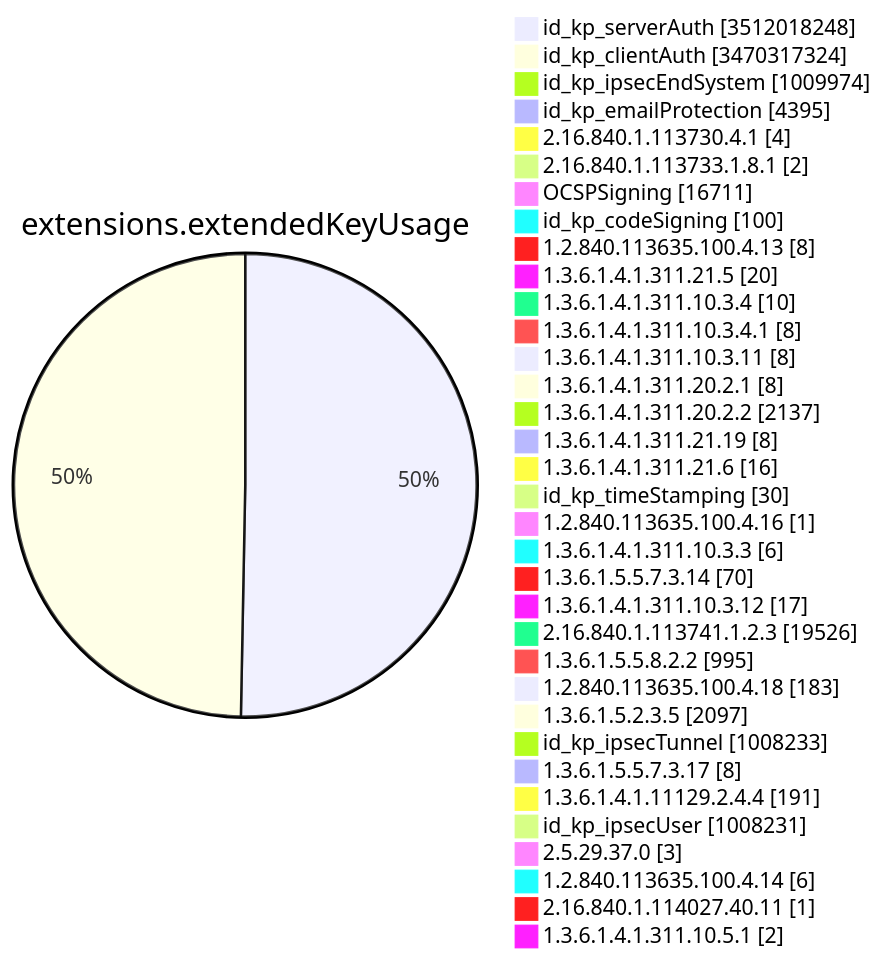
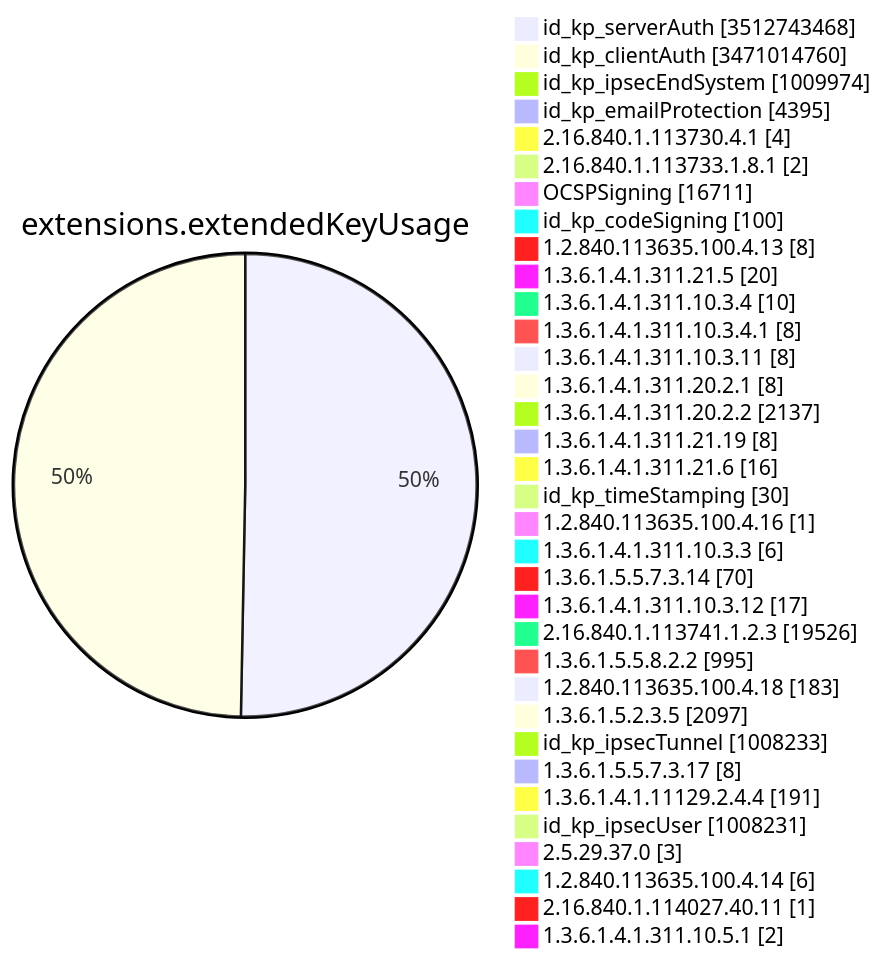
One commit to christiankrug/ctmonitor_visualization changed diagram 11 of 15 in TOTAL/README.md. Above: the diagram before and after it, drawn with Mermaid. The commit also changed other lines of this file, not shown here.

````diff
--- a/TOTAL/README.md
+++ b/TOTAL/README.md
@@ -4126,38 +4126,38 @@
 ```mermaid
 pie showData
 title extensions.extendedKeyUsage
-"id_kp_serverAuth" :3512018248
-"id_kp_clientAuth" :3470317324
+"id_kp_serverAuth" :3512743468
+"id_kp_clientAuth" :3471014760
 "id_kp_ipsecEndSystem" :1009974
 "id_kp_emailProtection" :4395
 "2.16.840.1.113730.4.1" :4
 "2.16.840.1.113733.1.8.1" :2
 "OCSPSigning" :16711
 "id_kp_codeSigning" :100
 "1.2.840.113635.100.4.13" :8
 "1.3.6.1.4.1.311.21.5" :20
 "1.3.6.1.4.1.311.10.3.4" :10
 "1.3.6.1.4.1.311.10.3.4.1" :8
 "1.3.6.1.4.1.311.10.3.11" :8
 "1.3.6.1.4.1.311.20.2.1" :8
 "1.3.6.1.4.1.311.20.2.2" :2137
 "1.3.6.1.4.1.311.21.19" :8
 "1.3.6.1.4.1.311.21.6" :16
 "id_kp_timeStamping" :30
 "1.2.840.113635.100.4.16" :1
 "1.3.6.1.4.1.311.10.3.3" :6
 "1.3.6.1.5.5.7.3.14" :70
 "1.3.6.1.4.1.311.10.3.12" :17
 "2.16.840.1.113741.1.2.3" :19526
 "1.3.6.1.5.5.8.2.2" :995
 "1.2.840.113635.100.4.18" :183
 "1.3.6.1.5.2.3.5" :2097
 "id_kp_ipsecTunnel" :1008233
 "1.3.6.1.5.5.7.3.17" :8
 "1.3.6.1.4.1.11129.2.4.4" :191
 "id_kp_ipsecUser" :1008231
 "2.5.29.37.0" :3
 "1.2.840.113635.100.4.14" :6
 "2.16.840.1.114027.40.11" :1
 "1.3.6.1.4.1.311.10.5.1" :2
 ```
````
